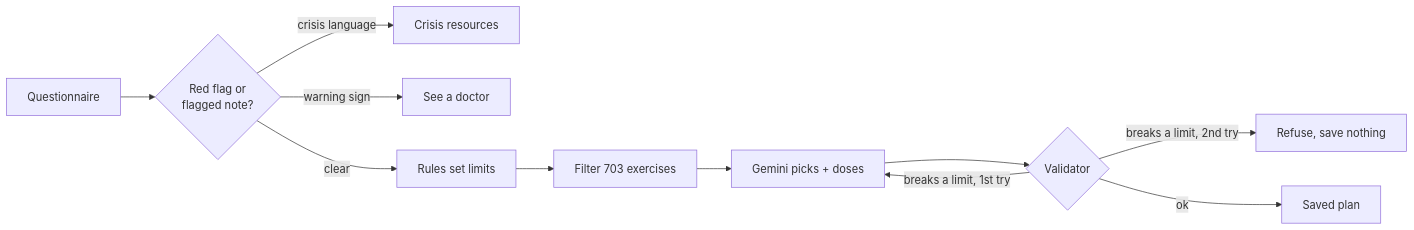
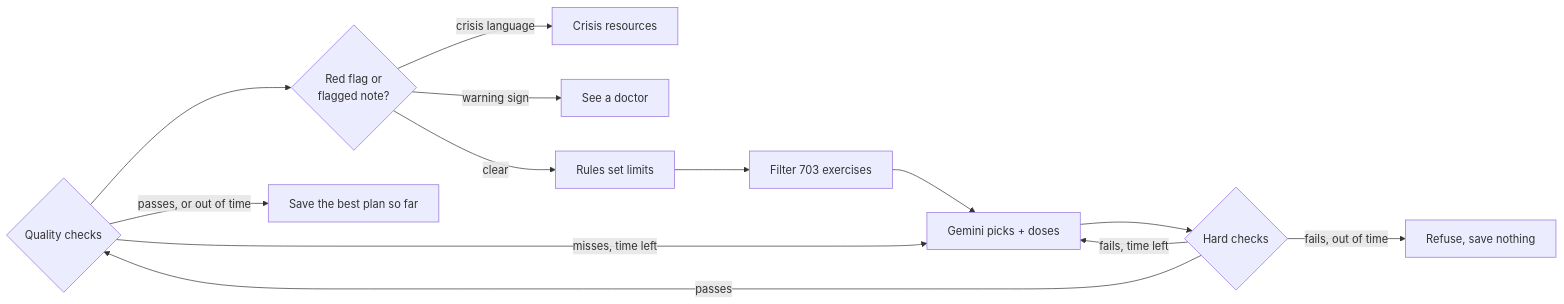
One commit to Ahmed0754/rebound changed the diagram in README.md. Above: the diagram before and after it, drawn with Mermaid. The commit also changed other lines of this file and 11 other files, not shown here.

First line of the commit message:
feat: add quality checks for regime generation

````diff
--- a/README.md
+++ b/README.md
@@ -23,13 +26,15 @@
 ```mermaid
 flowchart LR
   Q[Questionnaire] --> D{Red flag or<br/>flagged note?}
   D -- crisis language --> C[Crisis resources]
   D -- warning sign --> Doc[See a doctor]
   D -- clear --> L[Rules set limits]
   L --> F[Filter 703 exercises]
   F --> G[Gemini picks + doses]
-  G --> V{Validator}
-  V -- breaks a limit, 1st try --> G
-  V -- breaks a limit, 2nd try --> X[Refuse, save nothing]
-  V -- ok --> P[Saved plan]
+  G --> V{Hard checks}
+  V -- fails, time left --> G
+  V -- fails, out of time --> X[Refuse, save nothing]
+  V -- passes --> Q{Quality checks}
+  Q -- misses, time left --> G
+  Q -- passes, or out of time --> P[Save the best plan so far]
 ```
````
